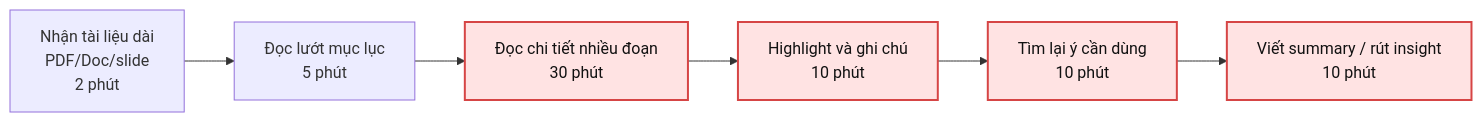
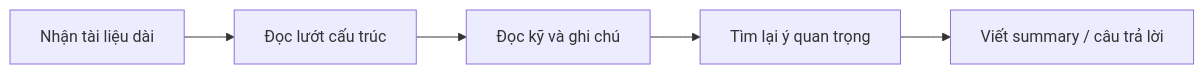
Before and after one commit to vankhiem28/Day02-2A202600542-LeVanKhiem: the first of 2 diagrams in 02-group-problem-statement/02-group-problem-statement.md, drawn with Mermaid. The commit also changed other lines of this file, not shown here.

````diff
--- a/02-group-problem-statement/02-group-problem-statement.md
+++ b/02-group-problem-statement/02-group-problem-statement.md
@@ -109,11 +108,7 @@
 ```mermaid
 flowchart LR
-    A["Nhận tài liệu dài<br/>PDF/Doc/slide<br/>2 phút"] --> B["Đọc lướt mục lục<br/>5 phút"]
-    B --> C["Đọc chi tiết nhiều đoạn<br/>30 phút"]
-    C --> D["Highlight và ghi chú<br/>10 phút"]
-    D --> E["Tìm lại ý cần dùng<br/>10 phút"]
-    E --> F["Viết summary / rút insight<br/>10 phút"]
-
-    classDef bottleneck fill:#ffe3e3,stroke:#d64545,stroke-width:2px,color:#111;
-    class C,D,E,F bottleneck;
+    A["Nhận tài liệu dài"] --> B["Đọc lướt cấu trúc"]
+    B --> C["Đọc kỹ và ghi chú"]
+    C --> D["Tìm lại ý quan trọng"]
+    D --> E["Viết summary / câu trả lời"]
 ```
````
